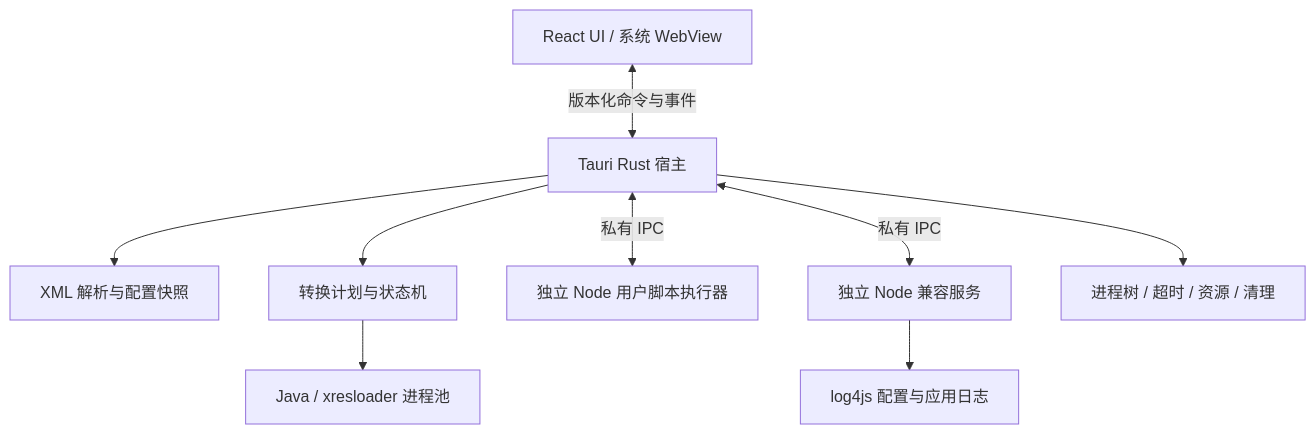
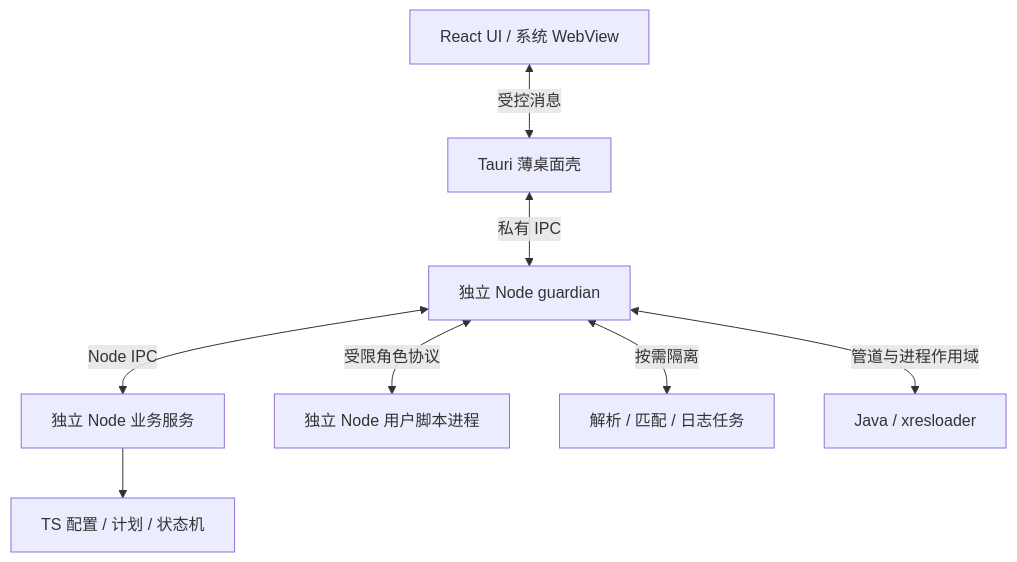
One commit to owent/xresconv-gui changed the diagram in Plan.md. Above: the diagram before and after it, drawn with Mermaid. The commit also changed other lines of this file and 141 other files, not shown here.

````diff
--- a/Plan.md
+++ b/Plan.md
@@ -149,11 +158,10 @@
 ```mermaid
 flowchart TD
-    UI[React UI / 系统 WebView] <-->|版本化命令与事件| Host[Tauri Rust 宿主]
-    Host --> Config[XML 解析与配置快照]
-    Host --> Planner[转换计划与状态机]
-    Planner --> Java[Java / xresloader 进程池]
-    Host <-->|私有 IPC| Script[独立 Node 用户脚本执行器]
-    Host <-->|私有 IPC| Compat[独立 Node 兼容服务]
-    Compat --> Logger[log4js 配置与应用日志]
-    Host --> Supervisor[进程树 / 超时 / 资源 / 清理]
+    UI[React UI / 系统 WebView] <-->|受控消息| Host[Tauri 薄桌面壳]
+    Host <-->|私有 IPC| Guard[独立 Node guardian]
+    Guard <-->|Node IPC| Backend[独立 Node 业务服务]
+    Backend --> Domain[TS 配置 / 计划 / 状态机]
+    Guard <-->|受限角色协议| Script[独立 Node 用户脚本进程]
+    Guard <-->|按需隔离| Helpers[解析 / 匹配 / 日志任务]
+    Guard <-->|管道与进程作用域| Java[Java / xresloader]
 ```
````
